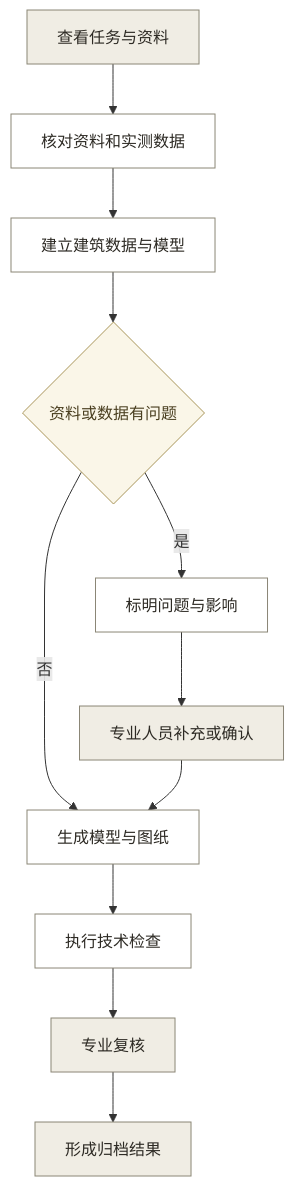
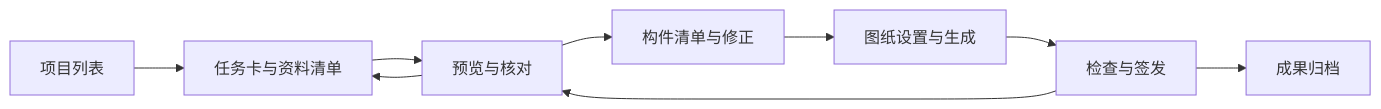
The second of 2 diagrams in 文档/01_产品/01_核心PRD.md (jiajiajiang91-design/heritage-survey-workbench), drawn with Mermaid before and after one commit. The commit also changed other lines of this file and 693 other files, not shown here.

````diff
--- a/文档/01_产品/01_核心PRD.md
+++ b/文档/01_产品/01_核心PRD.md
@@ -148,20 +319,11 @@
 ```mermaid
-flowchart TD
-    A["查看任务与资料"] --> B["核对资料和实测数据"]
-    B --> C["建立建筑数据与模型"]
-    C --> D{"资料或数据有问题"}
-    D -->|是| E["标明问题与影响"]
-    E --> F["专业人员补充或确认"]
-    D -->|否| G["生成模型与图纸"]
-    F --> G
-    G --> H["执行技术检查"]
-    H --> I["专业复核"]
-    I --> J["形成归档结果"]
-
-    classDef user fill:#F0EDE4,stroke:#8B8676,color:#2D2A24
-    classDef system fill:#FFFFFF,stroke:#8B8676,color:#2D2A24
-    classDef decision fill:#FAF6E8,stroke:#A8955A,color:#4A3F20
-    class A,F,I,J user
-    class B,C,E,G,H system
-    class D decision
+flowchart LR
+    A["项目列表"] --> B["任务卡与资料清单"]
+    B --> C["预览与核对"]
+    C --> D["构件清单与修正"]
+    D --> E["图纸设置与生成"]
+    E --> F["检查与签发"]
+    F --> G["成果归档"]
+    F --> C
+    C --> B
 ```
````
